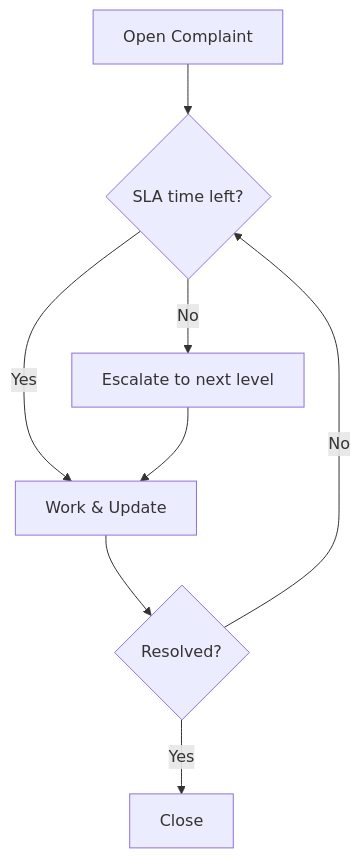
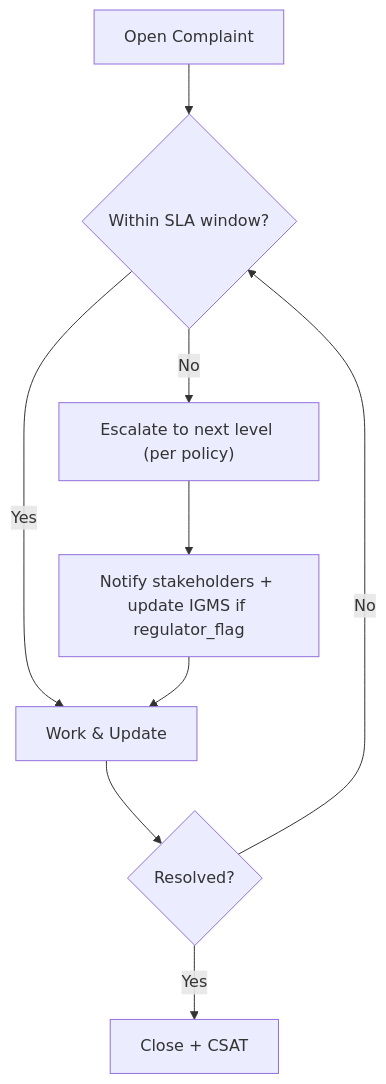
One commit to kavia-common/secure-crm-platform-40906-40915 changed the diagram in kavia-docs/modules/04-Complaint_Management.md. Above: the diagram before and after it, drawn with Mermaid. The commit also changed other lines of this file and 39 other files, not shown here.

````diff
--- a/kavia-docs/modules/04-Complaint_Management.md
+++ b/kavia-docs/modules/04-Complaint_Management.md
@@ -29,10 +29,11 @@
 ```mermaid
 flowchart TD
-  A["Open Complaint"] --> B{"SLA time left?"}
+  A["Open Complaint"] --> B{"Within SLA window?"}
   B -- Yes --> C["Work & Update"]
   C --> D{"Resolved?"}
-  D -- Yes --> E["Close"]
+  D -- Yes --> E["Close + CSAT"]
   D -- No --> B
-  B -- No --> F["Escalate to next level"]
-  F --> C
+  B -- No --> F["Escalate to next level (per policy)"]
+  F --> G["Notify stakeholders + update IGMS if regulator_flag"]
+  G --> C
 ```
````
